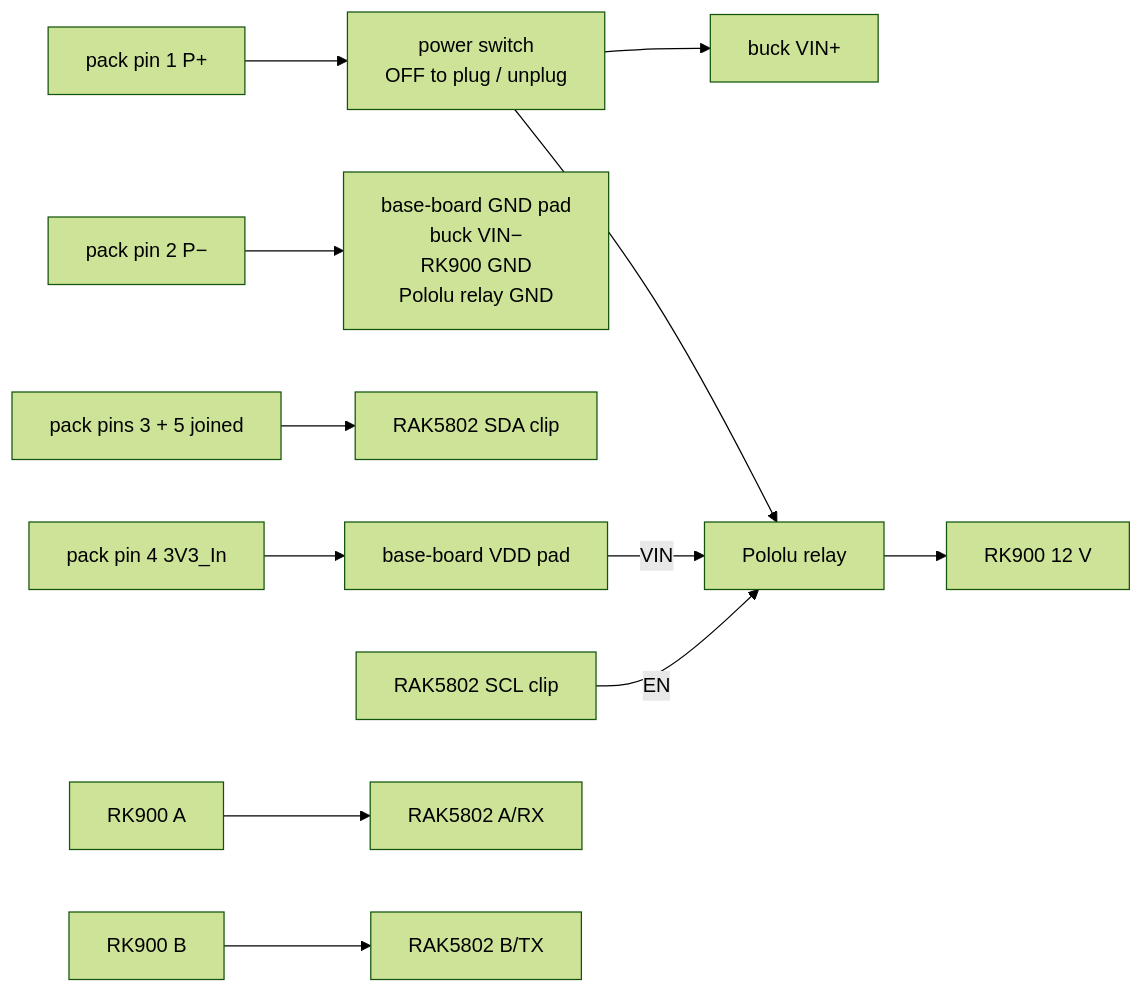
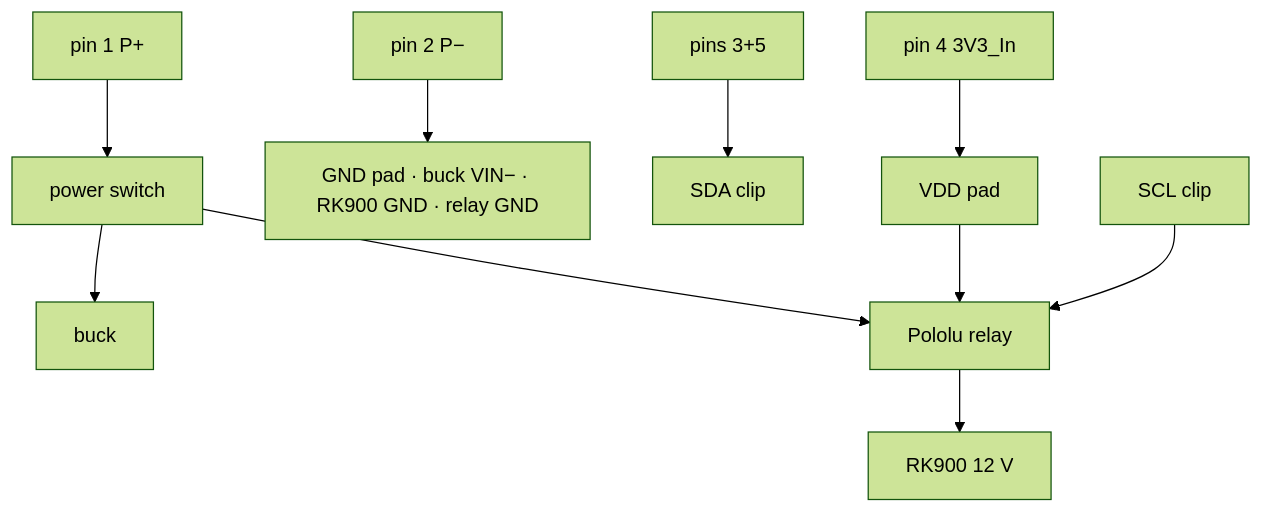
The diagram in docs/BUILD.md (disruptivepatternmaterial/rak-sensor-node-but-better), drawn with Mermaid (forest theme) before and after one commit. The commit also changed other lines of this file and 1 other file, not shown here.

Commit message:
docs(hardware): wiring as a numbered wire list; drawing top-to-bottom

````diff
--- a/docs/BUILD.md
+++ b/docs/BUILD.md
@@ -28,18 +46,15 @@
 ```mermaid
-flowchart LR
-    P1["pack pin 1  P+"] --> S1["power switch<br/>OFF to plug / unplug"]
-    S1 --> BUCK["buck VIN+"]
-    S1 --> K1["Pololu relay"]
-    K1 --> RK12["RK900 12 V"]
+flowchart TB
+    P1["pin 1  P+"] --> SW["power switch"]
+    SW --> BUCK["buck"]
+    SW --> RELAY["Pololu relay"]
+    RELAY --> RK["RK900 12 V"]
 
-    P2["pack pin 2  P−"] --> GND["base-board GND pad<br/>buck VIN−<br/>RK900 GND<br/>Pololu relay GND"]
+    P2["pin 2  P−"] --> GND["GND pad · buck VIN− · RK900 GND · relay GND"]
 
-    P35["pack pins 3 + 5  joined"] --> SDA["RAK5802 SDA clip"]
+    P35["pins 3+5"] --> SDA["SDA clip"]
 
-    P4["pack pin 4  3V3_In"] --> VDD["base-board VDD pad"]
-    VDD -->|VIN| K1
-    SCL["RAK5802 SCL clip"] -->|EN| K1
-
-    RKA["RK900 A"] --> A["RAK5802 A/RX"]
-    RKB["RK900 B"] --> B["RAK5802 B/TX"]
+    P4["pin 4  3V3_In"] --> VDD["VDD pad"]
+    VDD --> RELAY
+    SCL["SCL clip"] --> RELAY
 ```
````
